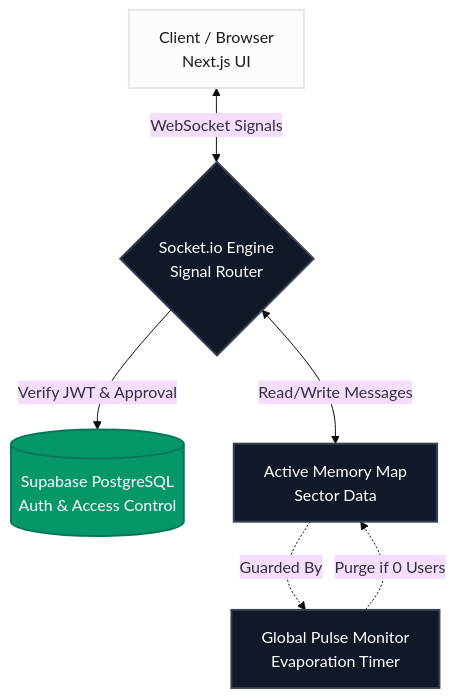
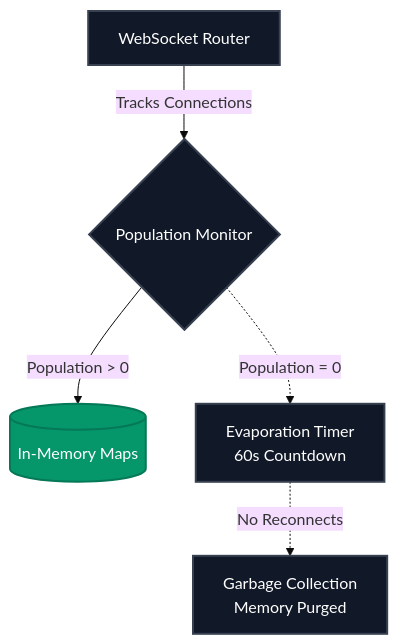
One commit to hitendra-3/FluxChat changed the diagram in README.md. Above: the diagram before and after it, drawn with Mermaid (base theme). The commit also changed other lines of this file, not shown here.

Commit message:
docs: rewrite README with backend architecture and design UX philosophy

````diff
--- a/README.md
+++ b/README.md
@@ -13,21 +27,19 @@
 ```mermaid
 graph TD
     %% Styling
-    classDef client fill:#fcfcfc,stroke:#e5e7eb,stroke-width:2px,color:#1a1a1a
     classDef engine fill:#111827,stroke:#374151,stroke-width:2px,color:#ffffff
-    classDef db fill:#059669,stroke:#047857,stroke-width:2px,color:#ffffff
+    classDef memory fill:#059669,stroke:#047857,stroke-width:2px,color:#ffffff
     
     %% Nodes
-    A[Client / Browser<br>Next.js UI]:::client
-    B{Socket.io Engine<br>Signal Router}:::engine
-    C[(Supabase PostgreSQL<br>Auth & Access Control)]:::db
-    D[Active Memory Map<br>Sector Data]:::engine
-    E[Global Pulse Monitor<br>Evaporation Timer]:::engine
+    A[WebSocket Router]:::engine
+    B{Population Monitor}:::engine
+    C[(In-Memory Maps)]:::memory
+    D[Evaporation Timer<br>60s Countdown]:::engine
+    E[Garbage Collection<br>Memory Purged]:::engine
 
     %% Connections
-    A <-->|WebSocket Signals| B
-    B -->|Verify JWT & Approval| C
-    B <-->|Read/Write Messages| D
-    D -.->|Guarded By| E
-    E -.->|Purge if 0 Users| D
+    A -->|Tracks Connections| B
+    B -->|Population > 0| C
+    B -.->|Population = 0| D
+    D -.->|No Reconnects| E
 ```
````
